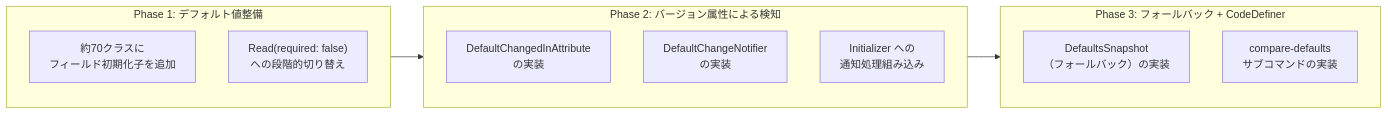
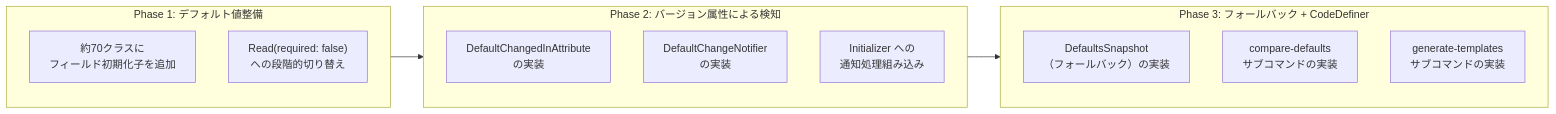
The ninth of 10 diagrams in docs/research/11-CodeDefiner/003-Parameterデフォルト値変更検知.md (vehiclevisionjp/VehicleVision.Pleasanter.ResearchDocuments), drawn with Mermaid before and after one commit. The commit also changed other lines of this file, not shown here.

````diff
--- a/docs/research/11-CodeDefiner/003-Parameterデフォルト値変更検知.md
+++ b/docs/research/11-CodeDefiner/003-Parameterデフォルト値変更検知.md
@@ -796,17 +802,18 @@
 ```mermaid
 flowchart LR
     subgraph phase1["Phase 1: デフォルト値整備"]
         A1["約70クラスに\nフィールド初期化子を追加"]
         A2["Read<T>(required: false)\nへの段階的切り替え"]
     end
     subgraph phase2["Phase 2: バージョン属性による検知"]
         B1["DefaultChangedInAttribute\nの実装"]
         B2["DefaultChangeNotifier\nの実装"]
         B3["Initializer への\n通知処理組み込み"]
     end
     subgraph phase3["Phase 3: フォールバック + CodeDefiner"]
         C1["DefaultsSnapshot\n（フォールバック）の実装"]
         C2["compare-defaults\nサブコマンドの実装"]
+        C3["generate-templates\nサブコマンドの実装"]
     end
     phase1 --> phase2 --> phase3
 ```
````
